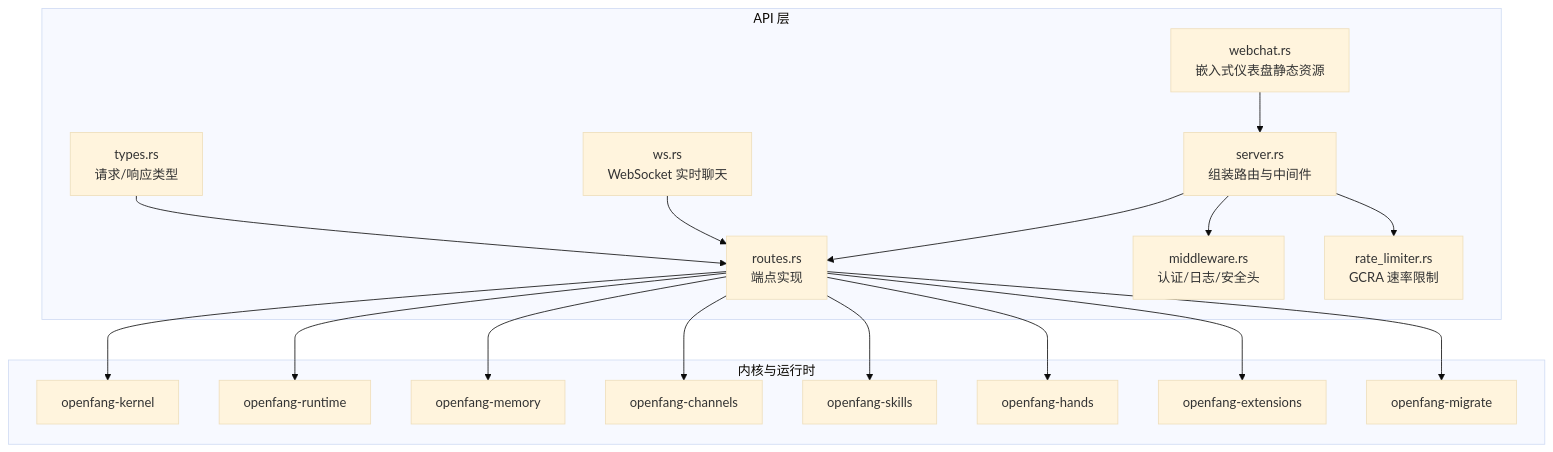
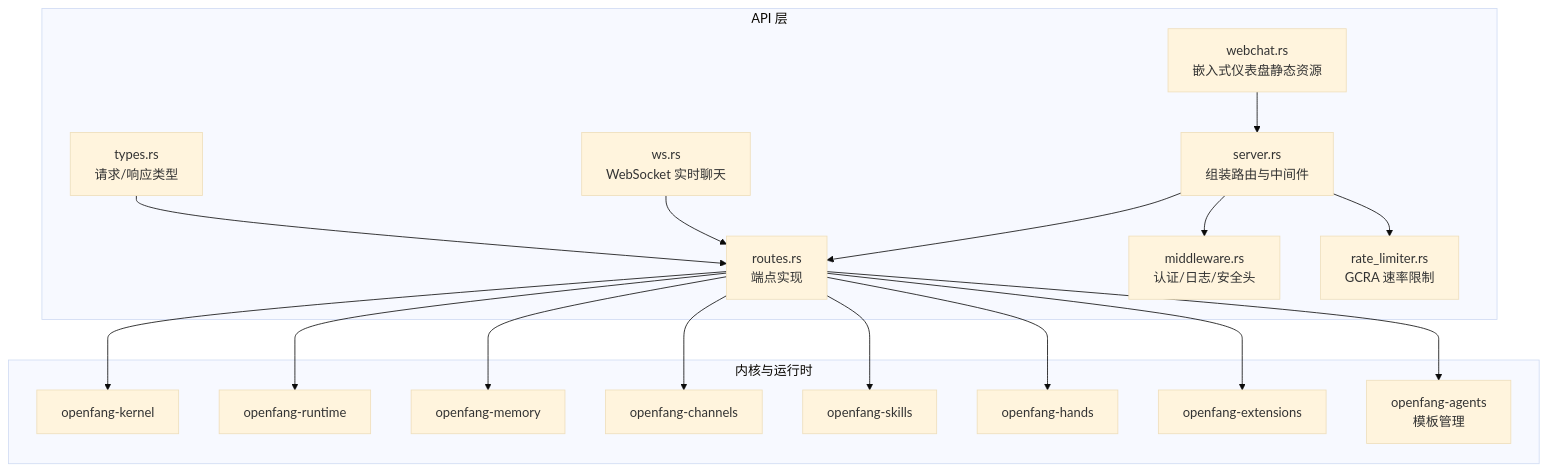
One commit to hexiaowen-bot/openfang changed the first of 4 diagrams in .qoder/repowiki/zh/content/API 参考文档/REST API/REST API.md. Above: the diagram before and after it, drawn with Mermaid (base theme). The commit also changed other lines of this file and 65 other files, not shown here.

````diff
--- a/.qoder/repowiki/zh/content/API 参考文档/REST API/REST API.md
+++ b/.qoder/repowiki/zh/content/API 参考文档/REST API/REST API.md
@@ -46,36 +50,36 @@
 ```mermaid
 graph TB
 subgraph "API 层"
 S["server.rs<br/>组装路由与中间件"]
 R["routes.rs<br/>端点实现"]
 T["types.rs<br/>请求/响应类型"]
 W["webchat.rs<br/>嵌入式仪表盘静态资源"]
 WS["ws.rs<br/>WebSocket 实时聊天"]
 MW["middleware.rs<br/>认证/日志/安全头"]
 RL["rate_limiter.rs<br/>GCRA 速率限制"]
 end
 subgraph "内核与运行时"
 K["openfang-kernel"]
 RT["openfang-runtime"]
 MEM["openfang-memory"]
 CH["openfang-channels"]
 SK["openfang-skills"]
 HD["openfang-hands"]
 EX["openfang-extensions"]
-MG["openfang-migrate"]
+AG["openfang-agents<br/>模板管理"]
 end
 S --> R
 S --> MW
 S --> RL
 R --> K
 R --> RT
 R --> MEM
 R --> CH
 R --> SK
 R --> HD
 R --> EX
-R --> MG
+R --> AG
 WS --> R
 W --> S
 T --> R
 ```
````
